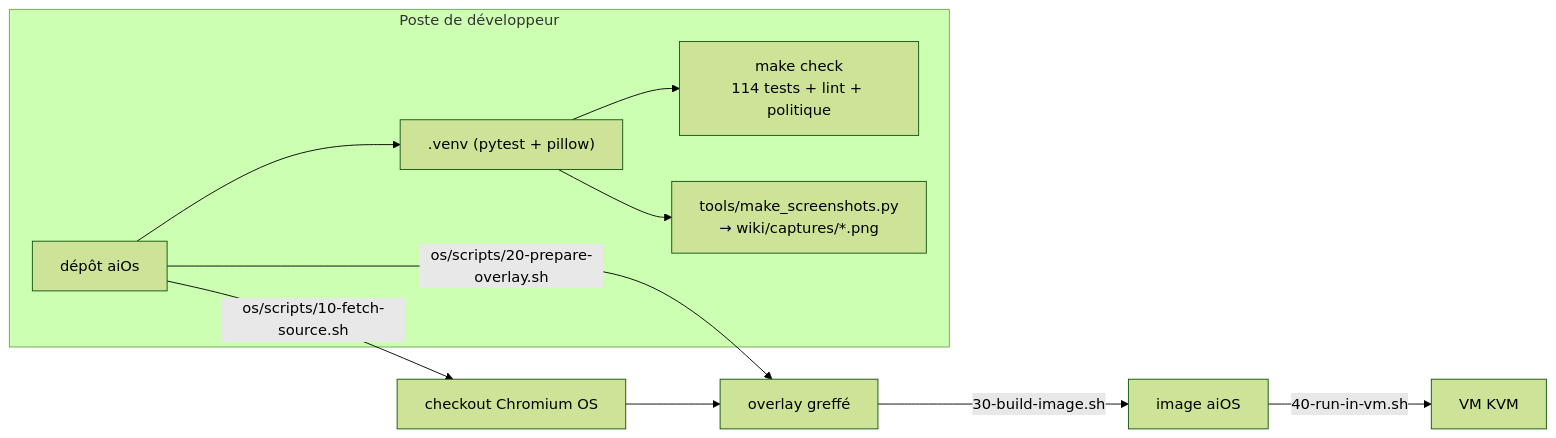
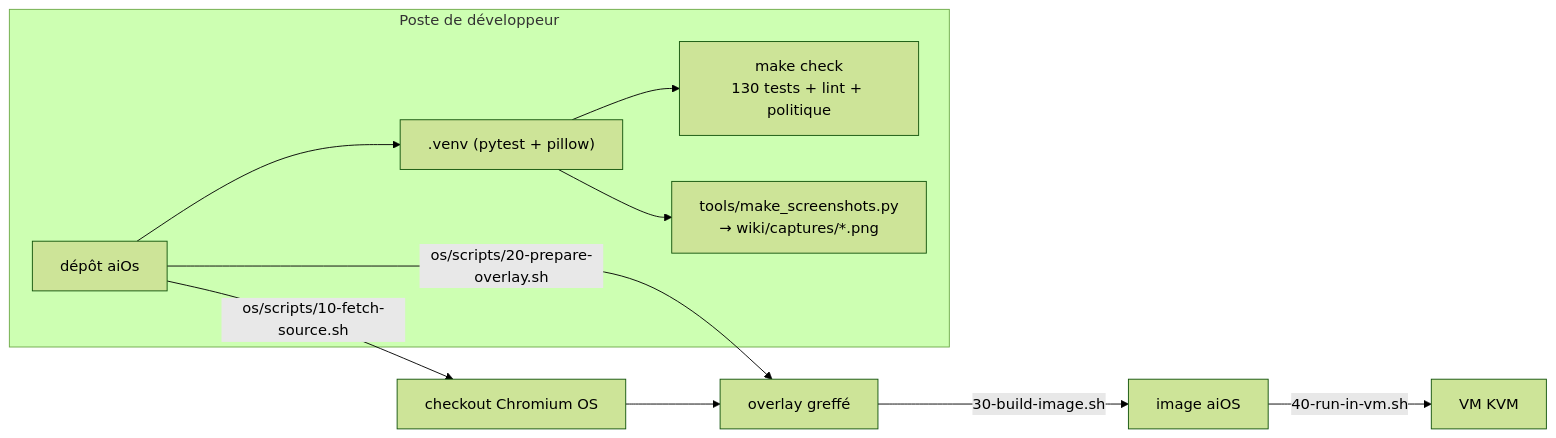
The tenth of 10 diagrams in wiki/Diagrammes-UML.md (martialzinsou/aios), drawn with Mermaid (forest theme) before and after one commit. The commit also changed 32 other files, not shown here.

First line of the commit message:
docs: page Auteur + Interface-graphique + docs + tests + 11 captures terminal

````diff
--- a/wiki/Diagrammes-UML.md
+++ b/wiki/Diagrammes-UML.md
@@ -556,18 +556,18 @@
 ```mermaid
 flowchart LR
     subgraph DEV["Poste de développeur"]
         SRC["dépôt aiOs"]
         VENV[".venv (pytest + pillow)"]
-        TESTS["make check<br/>114 tests + lint + politique"]
+        TESTS["make check<br/>130 tests + lint + politique"]
         SHOTS["tools/make_screenshots.py<br/>→ wiki/captures/*.png"]
         SRC --> VENV
         VENV --> TESTS
         VENV --> SHOTS
     end
 
     SRC -->|"os/scripts/10-fetch-source.sh"| CO["checkout Chromium OS"]
     SRC -->|"os/scripts/20-prepare-overlay.sh"| OV["overlay greffé"]
     CO --> OV
     OV -->|"30-build-image.sh"| IMG["image aiOS"]
     IMG -->|"40-run-in-vm.sh"| KVM["VM KVM"]
 ```
````
